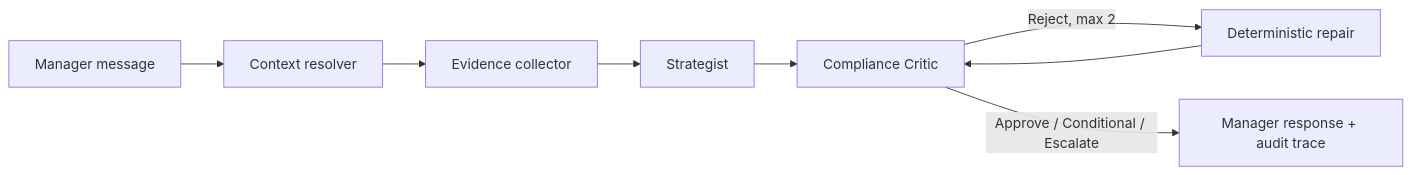
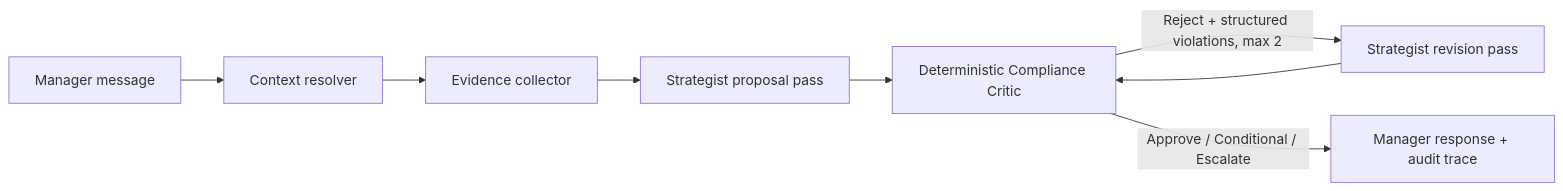
One commit to alexandrecaro1730-cpu/driver-retention-copilot changed the diagram in README.md. Above: the diagram before and after it, drawn with Mermaid. The commit also changed other lines of this file and 21 other files, not shown here.

````diff
--- a/README.md
+++ b/README.md
@@ -15,10 +16,10 @@
 ```mermaid
 flowchart LR
     U[Manager message] --> C[Context resolver]
     C --> E[Evidence collector]
-    E --> S[Strategist]
-    S --> V[Compliance Critic]
-    V -->|Reject, max 2| R[Deterministic repair]
+    E --> S[Strategist proposal pass]
+    S --> V[Deterministic Compliance Critic]
+    V -->|Reject + structured violations, max 2| R[Strategist revision pass]
     R --> V
     V -->|Approve / Conditional / Escalate| O[Manager response + audit trace]
 ```
````
